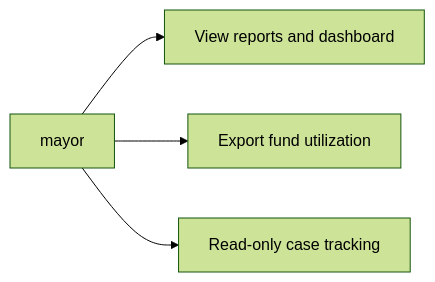
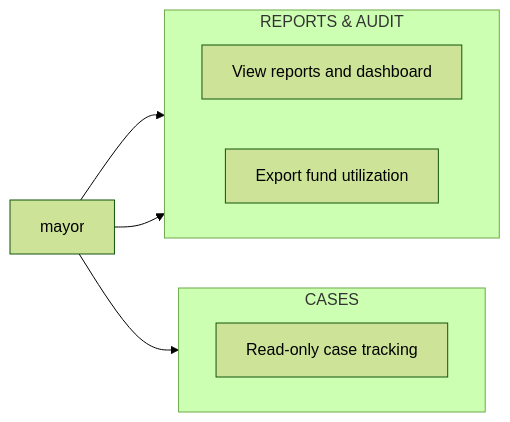
The ninth of 11 diagrams in docs/diagrams/02-use-case-diagram.md (urlsalimbot/THESIS1-KAPWA), drawn with Mermaid (forest theme) before and after one commit. The commit also changed other lines of this file, not shown here.

Commit message:
docs: group use cases by category within each per-role diagram

````diff
--- a/docs/diagrams/02-use-case-diagram.md
+++ b/docs/diagrams/02-use-case-diagram.md
@@ -109,7 +310,19 @@
 ```mermaid
 flowchart LR
     MA["mayor"]
-    MA --> UC1["View reports and dashboard"]
-    MA --> UC2["Export fund utilization"]
-    MA --> UC3["Read-only case tracking"]
+
+    subgraph Cases[CASES]
+        direction LR
+        M1["Read-only case tracking"]
+    end
+
+    subgraph Reports[REPORTS & AUDIT]
+        direction LR
+        M2["View reports and dashboard"]
+        M3["Export fund utilization"]
+    end
+
+    MA --> M1
+    MA --> M2
+    MA --> M3
 ```
````
